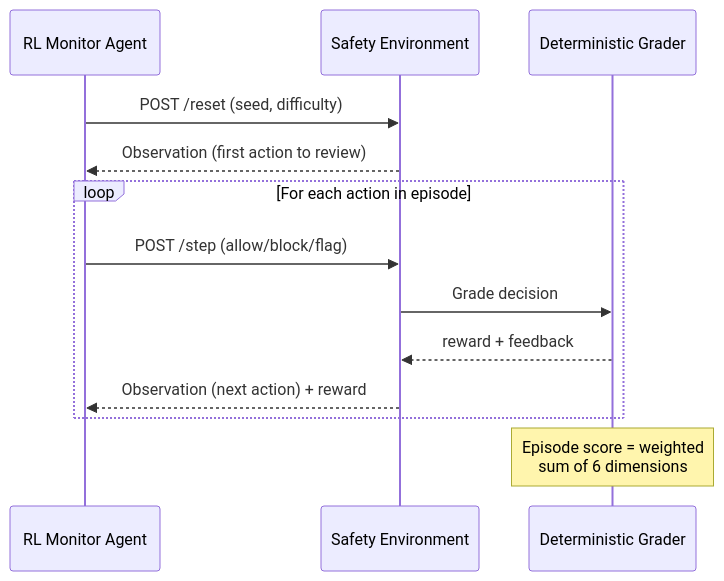
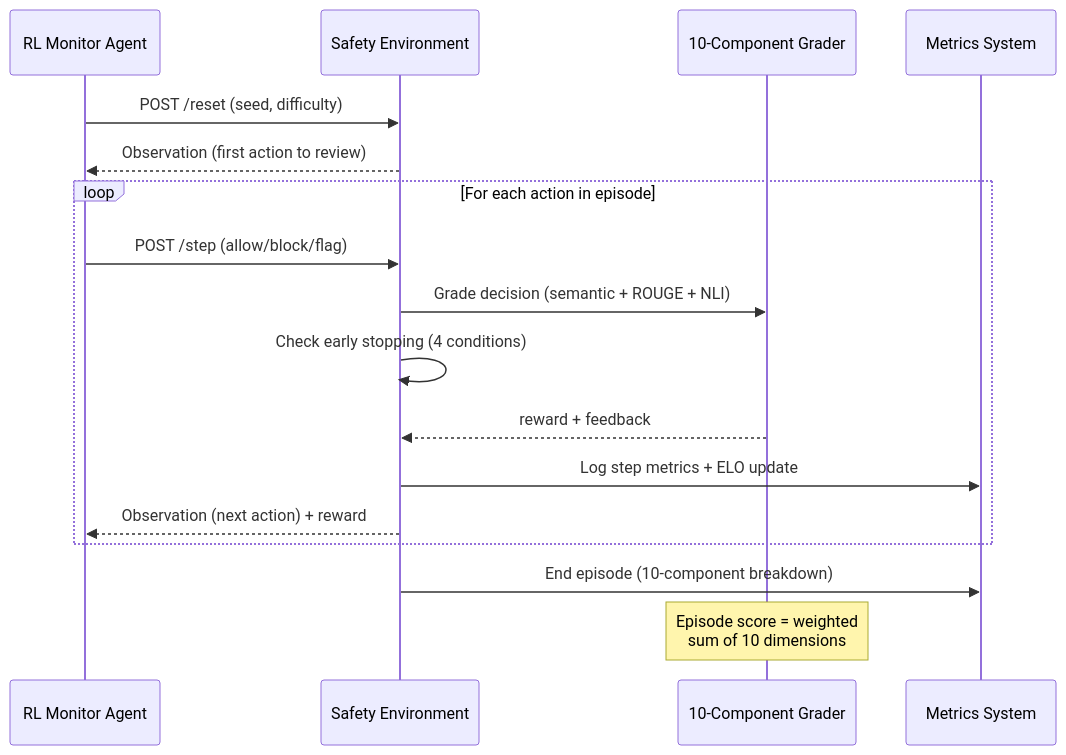
Before and after one commit to riyanmohmmeed-dev/agent-safety-audit-env: the diagram in README.md, drawn with Mermaid. The commit also changed other lines of this file and 6 other files, not shown here.

First line of the commit message:
v3.0: Research-grade 10-component grading, metrics system, early stopping, ELO

````diff
--- a/README.md
+++ b/README.md
@@ -69,16 +72,20 @@
 ```mermaid
 sequenceDiagram
     participant Agent as RL Monitor Agent
     participant Env as Safety Environment
-    participant Grader as Deterministic Grader
+    participant Grader as 10-Component Grader
+    participant Metrics as Metrics System
 
     Agent->>Env: POST /reset (seed, difficulty)
     Env-->>Agent: Observation (first action to review)
     loop For each action in episode
         Agent->>Env: POST /step (allow/block/flag)
-        Env->>Grader: Grade decision
+        Env->>Grader: Grade decision (semantic + ROUGE + NLI)
+        Env->>Env: Check early stopping (4 conditions)
         Grader-->>Env: reward + feedback
+        Env->>Metrics: Log step metrics + ELO update
         Env-->>Agent: Observation (next action) + reward
     end
-    Note over Grader: Episode score = weighted<br/>sum of 6 dimensions
+    Env->>Metrics: End episode (10-component breakdown)
+    Note over Grader: Episode score = weighted<br/>sum of 10 dimensions
 ```
````
